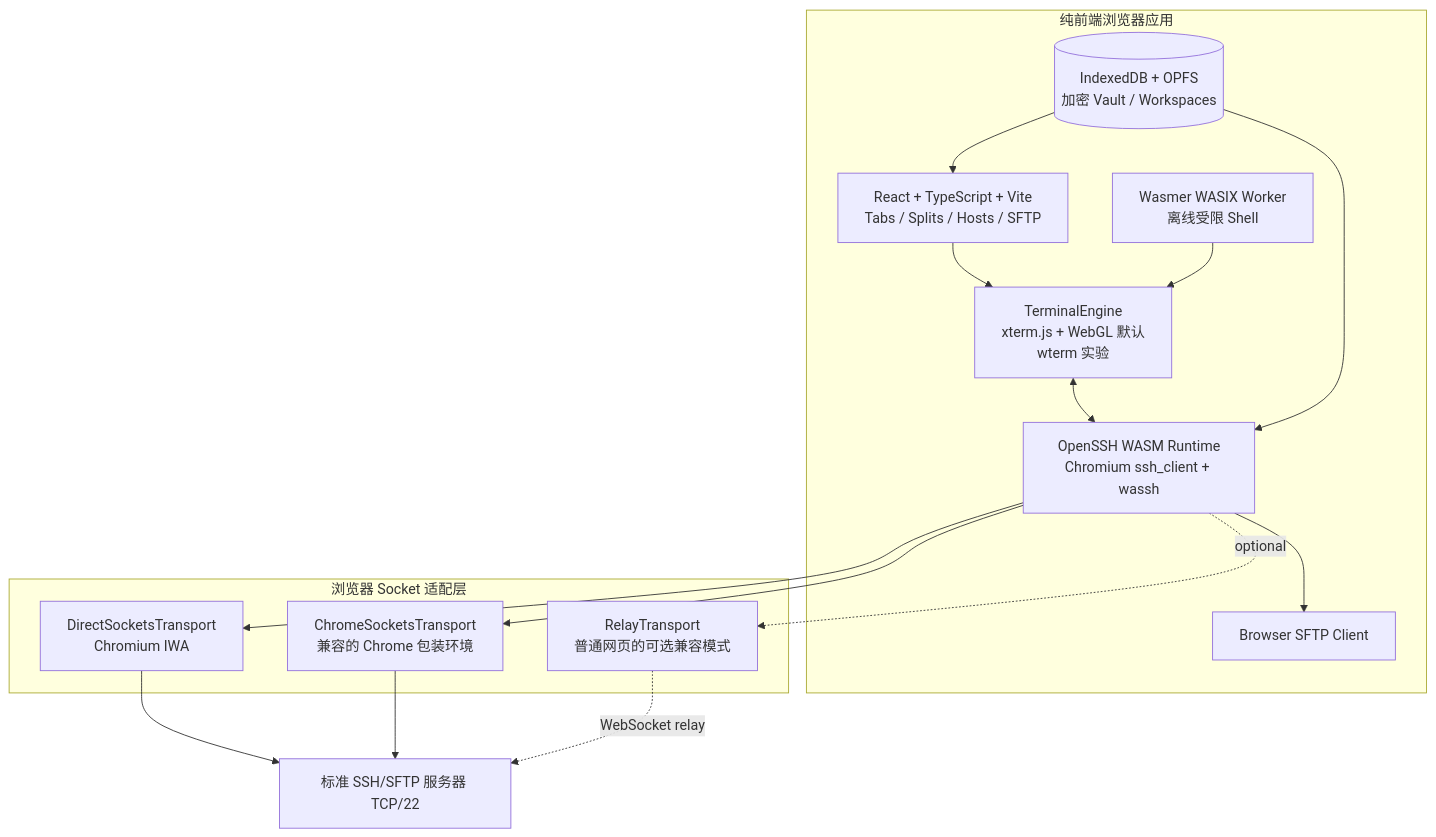
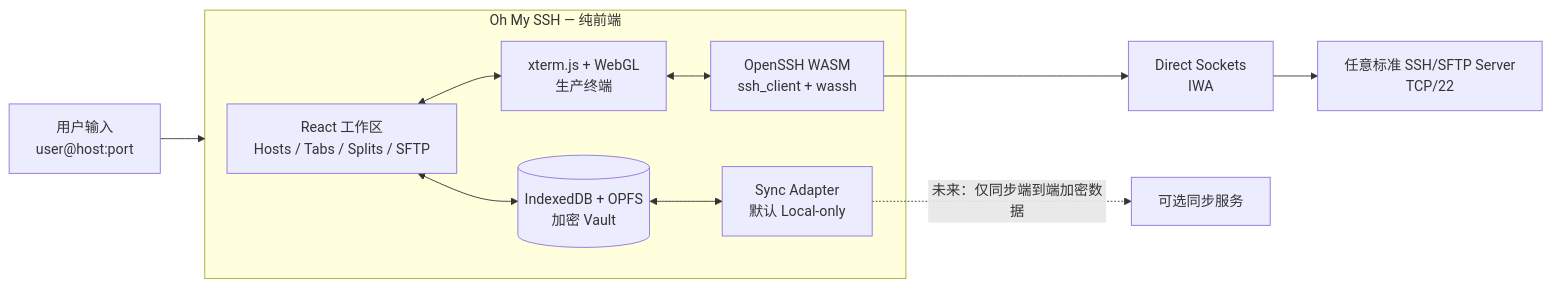
Before and after one commit to tianrking/oh_myssh: the diagram in README.md, drawn with Mermaid. The commit also changed other lines of this file and 5 other files, not shown here.

````diff
--- a/README.md
+++ b/README.md
@@ -15,31 +24,21 @@
 ```mermaid
-flowchart TB
-  subgraph Browser["纯前端浏览器应用"]
-    UI["React + TypeScript + Vite<br/>Tabs / Splits / Hosts / SFTP"]
-    TERM["TerminalEngine<br/>xterm.js + WebGL 默认<br/>wterm 实验"]
-    SSH["OpenSSH WASM Runtime<br/>Chromium ssh_client + wassh"]
-    SFTP["Browser SFTP Client"]
-    SHELL["Wasmer WASIX Worker<br/>离线受限 Shell"]
-    VAULT[("IndexedDB + OPFS<br/>加密 Vault / Workspaces")]
+flowchart LR
+  USER["用户输入<br/>user@host:port"] --> APP
 
-    UI --> TERM
+  subgraph APP["Oh My SSH — 纯前端"]
+    UI["React 工作区<br/>Hosts / Tabs / Splits / SFTP"]
+    TERM["xterm.js + WebGL<br/>生产终端"]
+    SSH["OpenSSH WASM<br/>ssh_client + wassh"]
+    STORE[("IndexedDB + OPFS<br/>加密 Vault")]
+    SYNC["Sync Adapter<br/>默认 Local-only"]
+
+    UI <--> TERM
     TERM <--> SSH
-    SSH --> SFTP
-    SHELL --> TERM
-    VAULT --> UI
-    VAULT --> SSH
+    UI <--> STORE
+    STORE <--> SYNC
   end
 
-  subgraph Sockets["浏览器 Socket 适配层"]
-    DIRECT["DirectSocketsTransport<br/>Chromium IWA"]
-    CHROME["ChromeSocketsTransport<br/>兼容的 Chrome 包装环境"]
-    RELAY["RelayTransport<br/>普通网页的可选兼容模式"]
-  end
-
-  SSH --> DIRECT
-  SSH --> CHROME
-  SSH -. optional .-> RELAY
-  DIRECT --> HOST["标准 SSH/SFTP 服务器 TCP/22"]
-  CHROME --> HOST
-  RELAY -. WebSocket relay .-> HOST
+  SSH --> SOCKET["Direct Sockets<br/>IWA"]
+  SOCKET --> HOST["任意标准 SSH/SFTP Server<br/>TCP/22"]
+  SYNC -. "未来：仅同步端到端加密数据" .-> CLOUD["可选同步服务"]
 ```
````
